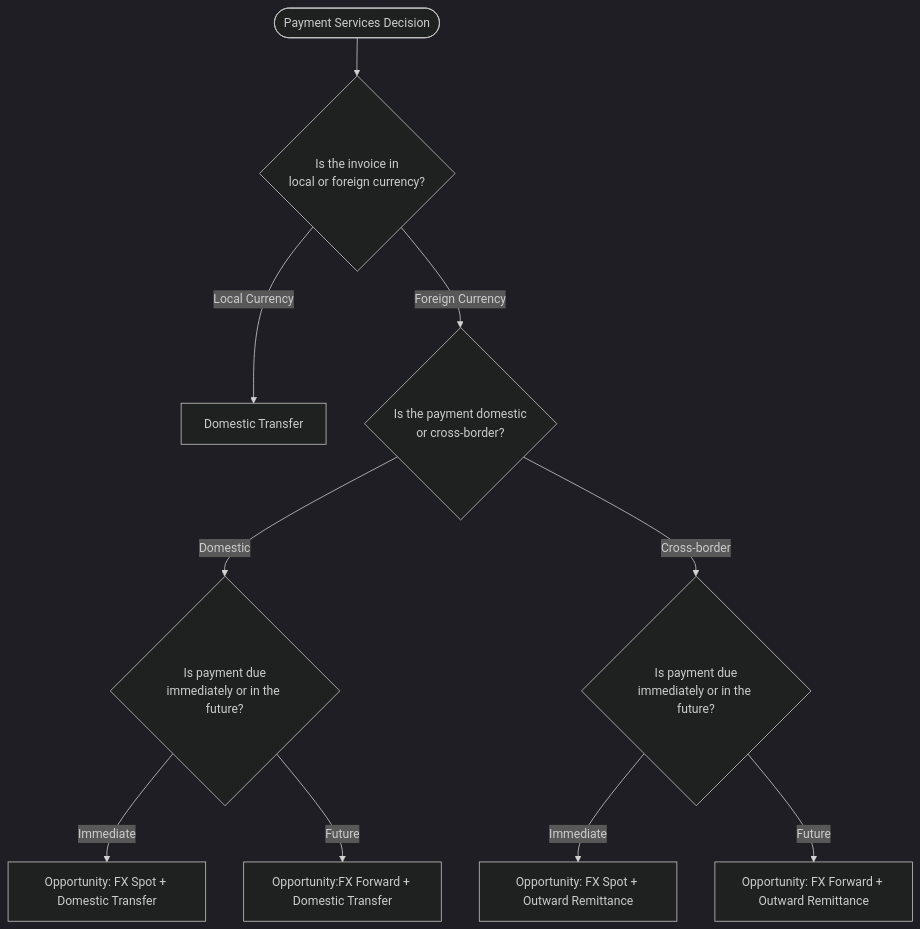
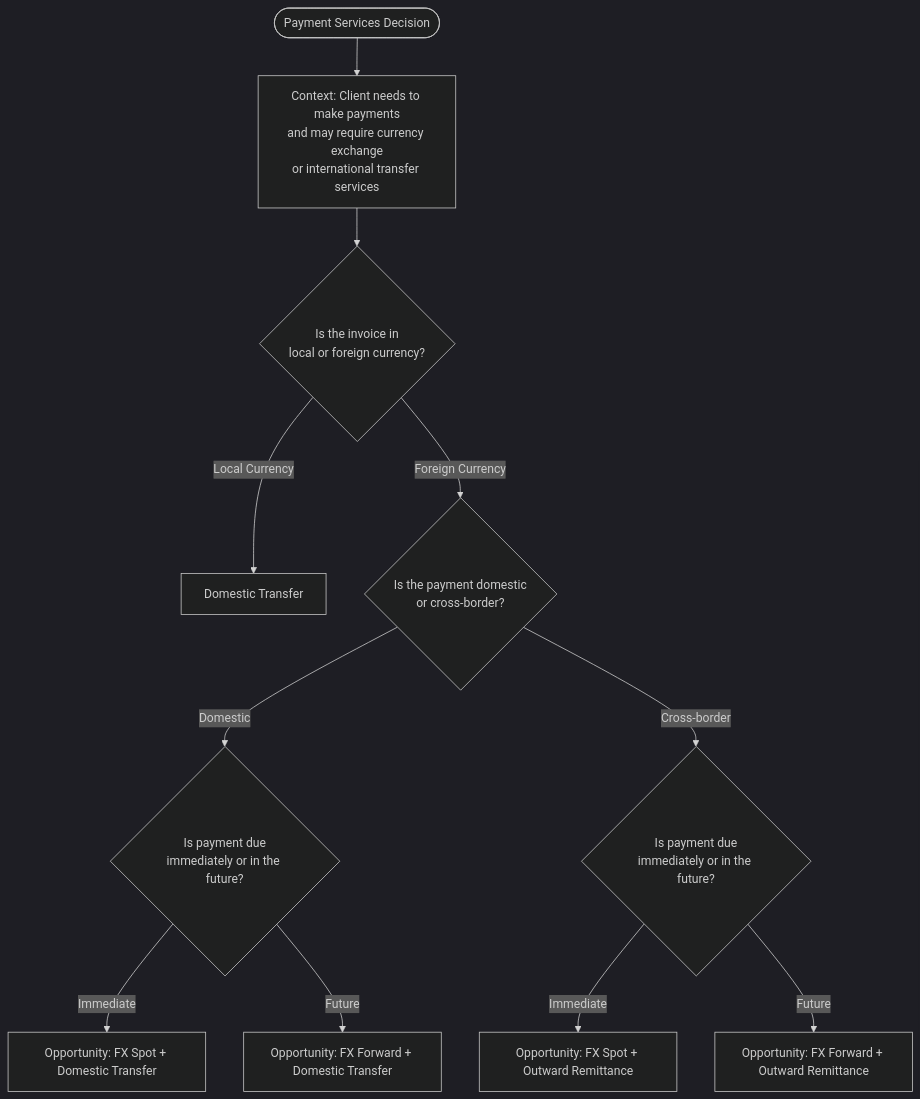
One commit to sage-develop/why changed the diagram in tvc_decision_trees/payment_services_tree.md/payment_services_tree.md. Above: the diagram before and after it, drawn with Mermaid (dark theme).

Commit message:
add context for payment services tree

````diff
--- a/tvc_decision_trees/payment_services_tree.md/payment_services_tree.md
+++ b/tvc_decision_trees/payment_services_tree.md/payment_services_tree.md
@@ -22,16 +22,13 @@
 ```mermaid
 flowchart TD
-   Start([Payment Services Decision]) --> Q1{Is the invoice in<br/>local or foreign currency?}
-
-   Q1 -->|Local Currency| DT[Domestic Transfer]
-   Q1 -->|Foreign Currency| Q2{Is the payment domestic<br/>or cross-border?}
-
-   Q2 -->|Domestic| Q3{Is payment due<br/>immediately or in the future?}
-   Q2 -->|Cross-border| Q4{Is payment due<br/>immediately or in the future?}
-
-   Q3 -->|Immediate| FXS1[Opportunity: FX Spot + Domestic Transfer]
-   Q3 -->|Future| FXF1[Opportunity:FX Forward + Domestic Transfer]
-
-   Q4 -->|Immediate| FXS2[Opportunity: FX Spot + Outward Remittance]
-   Q4 -->|Future| FXF2[Opportunity: FX Forward + Outward Remittance]
+    Start(["Payment Services Decision"]) --> Context["Context: Client needs to make payments<br>and may require currency exchange<br>or international transfer services"]
+    Context --> Q1{"Is the invoice in<br>local or foreign currency?"}
+    Q1 -- Local Currency --> DT["Domestic Transfer"]
+    Q1 -- Foreign Currency --> Q2{"Is the payment domestic<br>or cross-border?"}
+    Q2 -- Domestic --> Q3{"Is payment due<br>immediately or in the future?"}
+    Q2 -- "Cross-border" --> Q4{"Is payment due<br>immediately or in the future?"}
+    Q3 -- Immediate --> FXS1["Opportunity: FX Spot + Domestic Transfer"]
+    Q3 -- Future --> FXF1["Opportunity: FX Forward + Domestic Transfer"]
+    Q4 -- Immediate --> FXS2["Opportunity: FX Spot + Outward Remittance"]
+    Q4 -- Future --> FXF2["Opportunity: FX Forward + Outward Remittance"]
 ```
````
